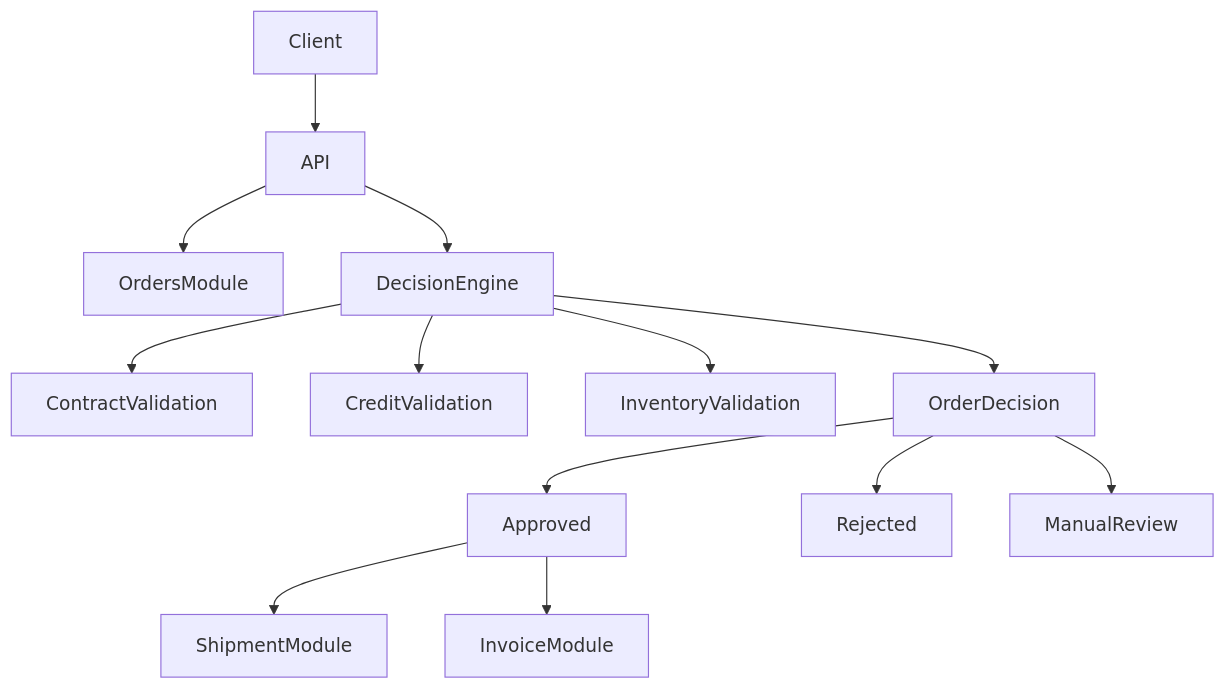
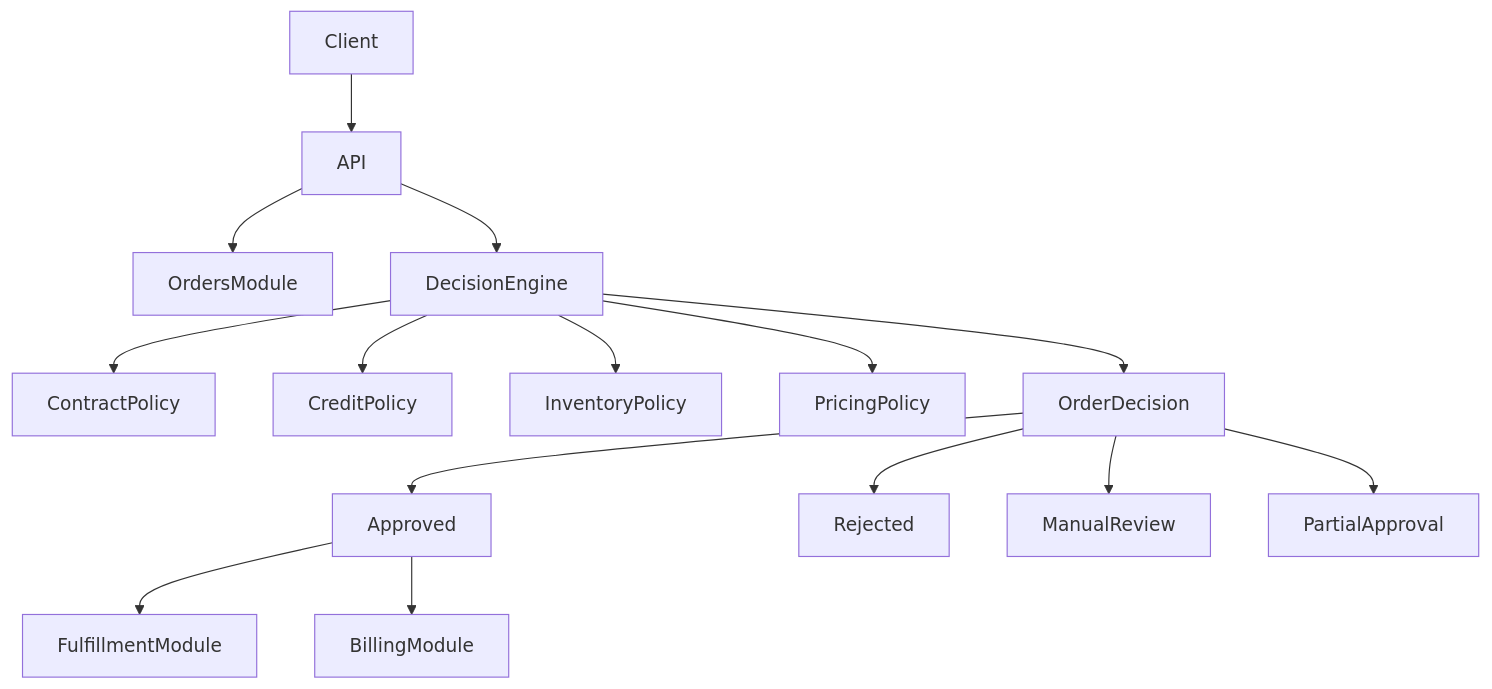
The diagram in README.md (Leonardo-B-M-Vaba/b2b-order-processing-system), drawn with Mermaid before and after one commit. The commit also changed other lines of this file, not shown here.

````diff
--- a/README.md
+++ b/README.md
@@ -120,21 +130,23 @@
 ```mermaid
 flowchart TD
 
 Client --> API
 
 API --> OrdersModule
 API --> DecisionEngine
 
-DecisionEngine --> ContractValidation
-DecisionEngine --> CreditValidation
-DecisionEngine --> InventoryValidation
+DecisionEngine --> ContractPolicy
+DecisionEngine --> CreditPolicy
+DecisionEngine --> InventoryPolicy
+DecisionEngine --> PricingPolicy
 
 DecisionEngine --> OrderDecision
 
 OrderDecision --> Approved
 OrderDecision --> Rejected
 OrderDecision --> ManualReview
+OrderDecision --> PartialApproval
 
-Approved --> ShipmentModule
-Approved --> InvoiceModule
+Approved --> FulfillmentModule
+Approved --> BillingModule
 ```
````
